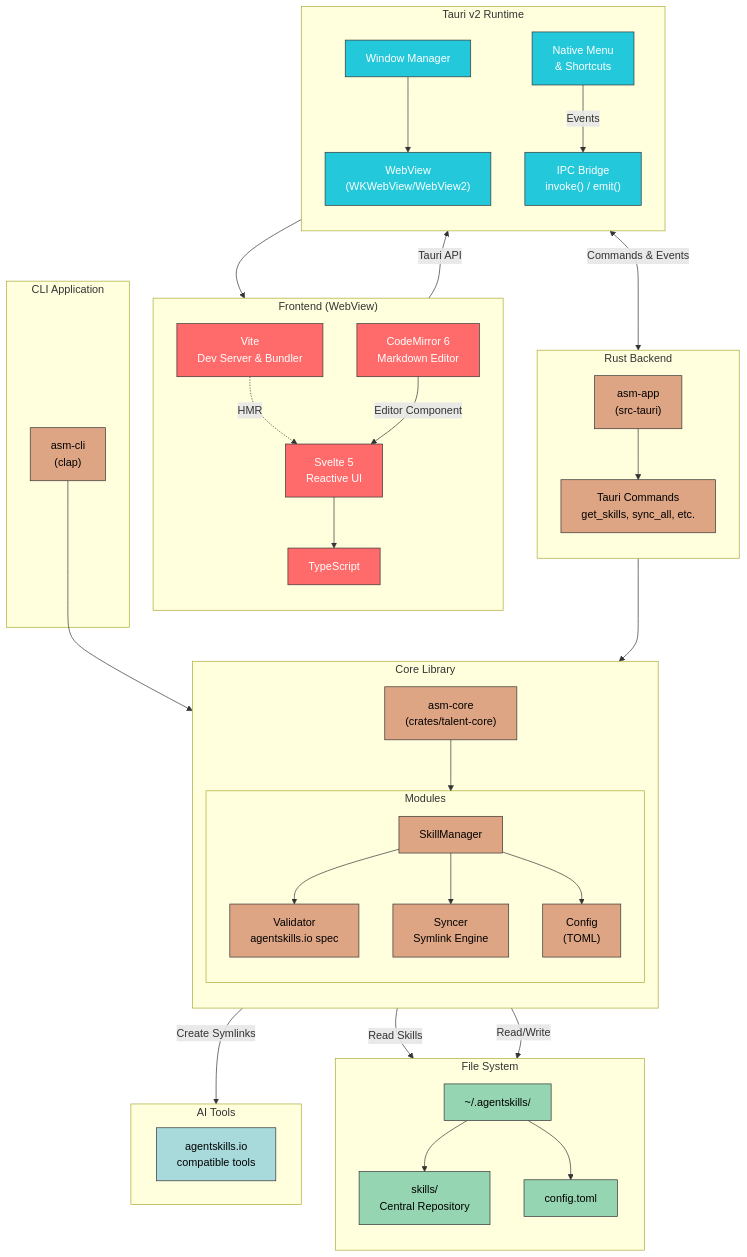
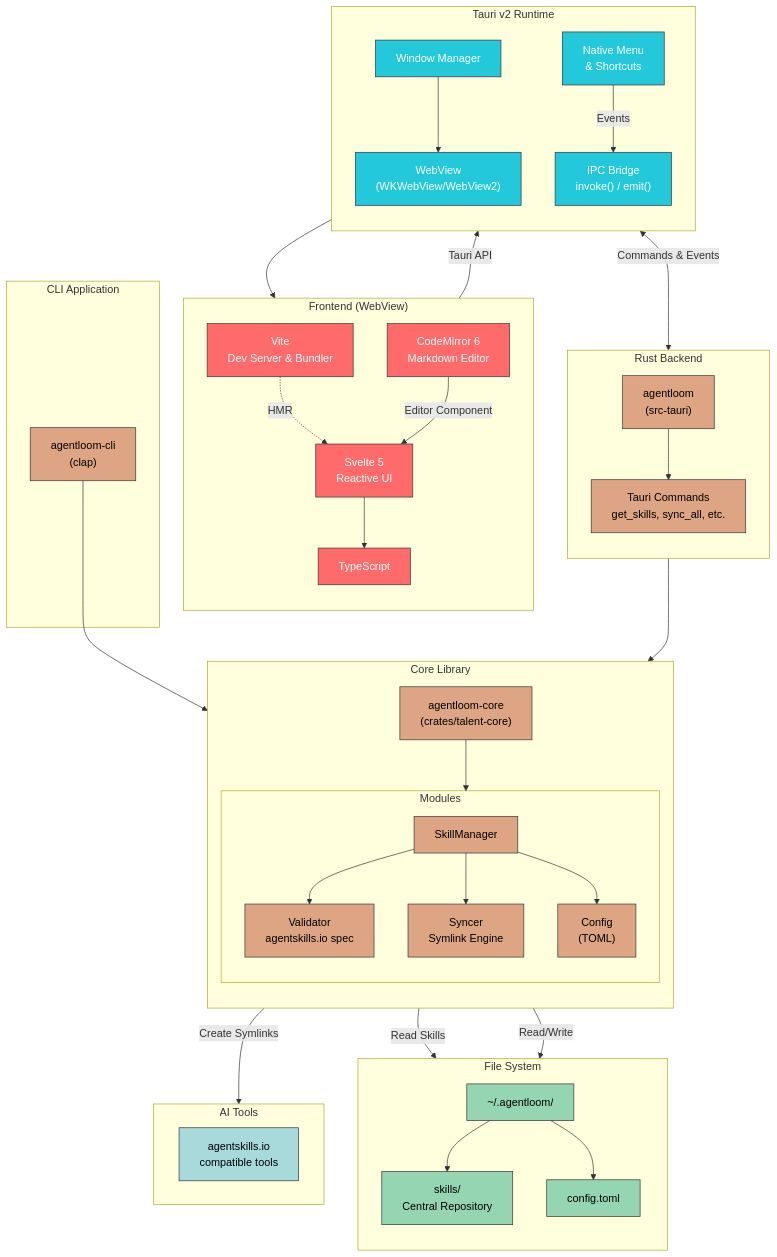
One commit to Alpha-Coders/agent-loom changed the diagram in docs/ARCHITECTURE.md. Above: the diagram before and after it, drawn with Mermaid. The commit also changed other lines of this file and 24 other files, not shown here.

```diff
--- a/docs/ARCHITECTURE.md
+++ b/docs/ARCHITECTURE.md
@@ -32,7 +32,7 @@
 
     subgraph Backend["Rust Backend"]
         direction TB
-        TauriApp["asm-app<br/>(src-tauri)"]
+        TauriApp["agentloom<br/>(src-tauri)"]
         Commands["Tauri Commands<br/>get_skills, sync_all, etc."]
 
         TauriApp --> Commands
@@ -40,7 +40,7 @@
 
     subgraph Core["Core Library"]
         direction TB
-        CoreLib["asm-core<br/>(crates/talent-core)"]
+        CoreLib["agentloom-core<br/>(crates/talent-core)"]
 
         subgraph Modules["Modules"]
             Manager["SkillManager"]
@@ -53,12 +53,12 @@
     end
 
     subgraph CLI["CLI Application"]
-        CLIApp["asm-cli<br/>(clap)"]
+        CLIApp["agentloom-cli<br/>(clap)"]
     end
 
     subgraph Storage["File System"]
         direction TB
-        AppDir["~/.agentskills/"]
+        AppDir["~/.agentloom/"]
         SkillsDir["skills/<br/>Central Repository"]
         ConfigFile["config.toml"]
 
```
